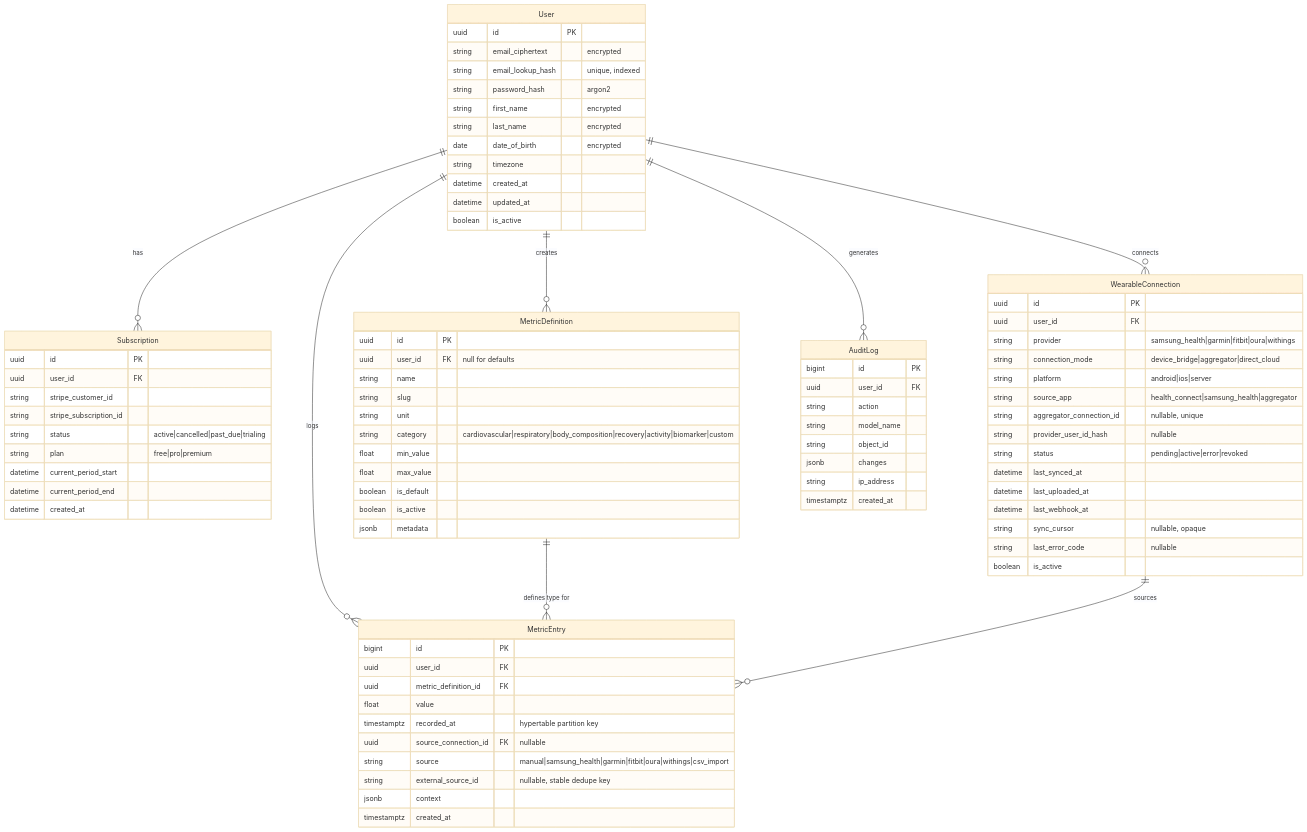
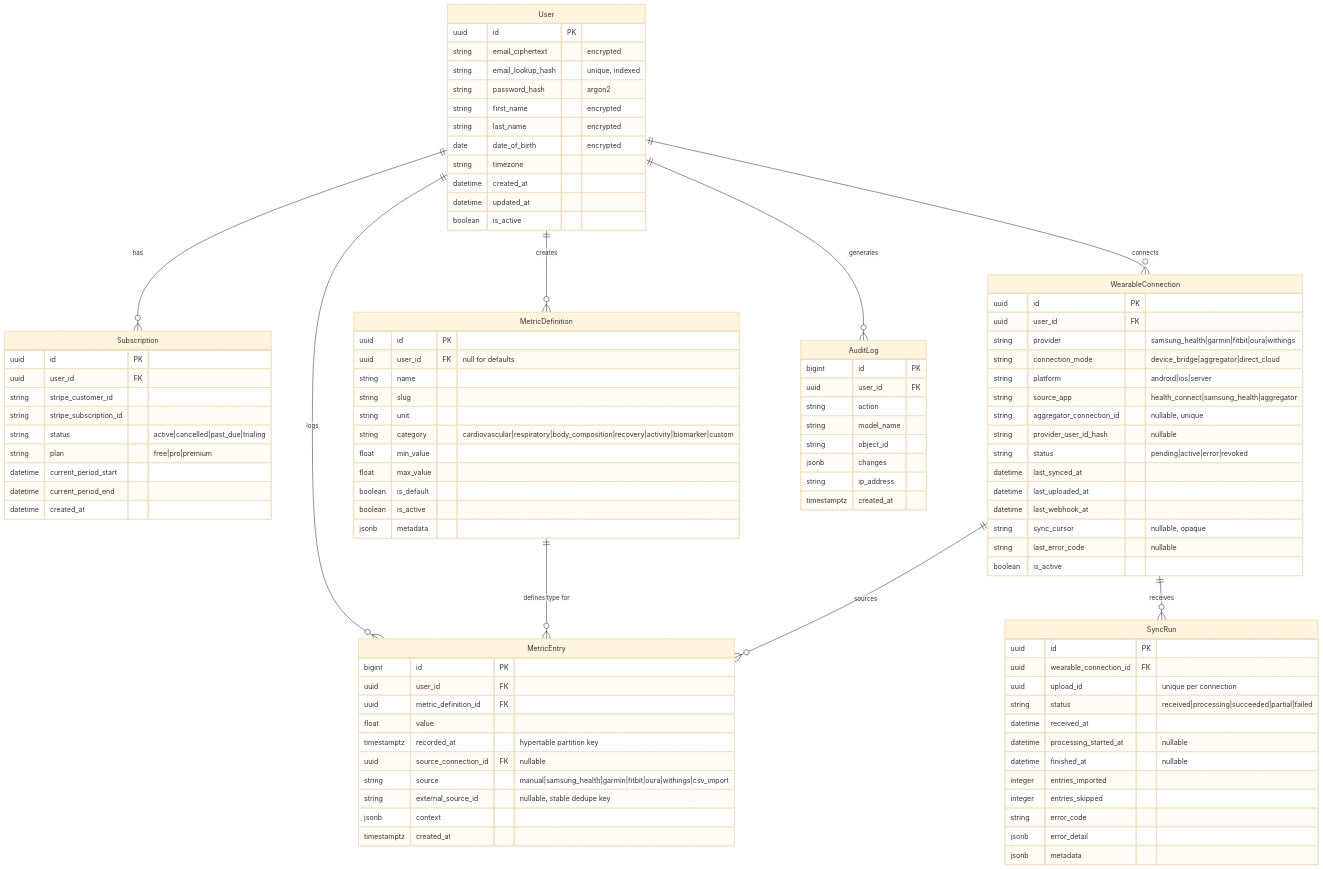
The diagram in reference_docs/knowledge/09-entity-relationship-diagram-database-design-sample-data.md (elvisrepo/long), drawn with Mermaid (base theme) before and after one commit. The commit also changed other lines of this file and 10 other files, not shown here.

Commit message:
feat(wearables): add idempotent SyncRun upload receipts

```diff
--- a/reference_docs/knowledge/09-entity-relationship-diagram-database-design-sample-data.md
+++ b/reference_docs/knowledge/09-entity-relationship-diagram-database-design-sample-data.md
@@ -16,6 +16,7 @@
     User ||--o{ AuditLog : generates
     MetricDefinition ||--o{ MetricEntry : "defines type for"
     WearableConnection ||--o{ MetricEntry : sources
+    WearableConnection ||--o{ SyncRun : receives
 
     User {
         uuid id PK
@@ -88,6 +89,21 @@
         boolean is_active
     }
 
+    SyncRun {
+        uuid id PK
+        uuid wearable_connection_id FK
+        uuid upload_id "unique per connection"
+        string status "received|processing|succeeded|partial|failed"
+        datetime received_at
+        datetime processing_started_at "nullable"
+        datetime finished_at "nullable"
+        integer entries_imported
+        integer entries_skipped
+        string error_code
+        jsonb error_detail
+        jsonb metadata
+    }
+
     AuditLog {
         bigint id PK
         uuid user_id FK
```
